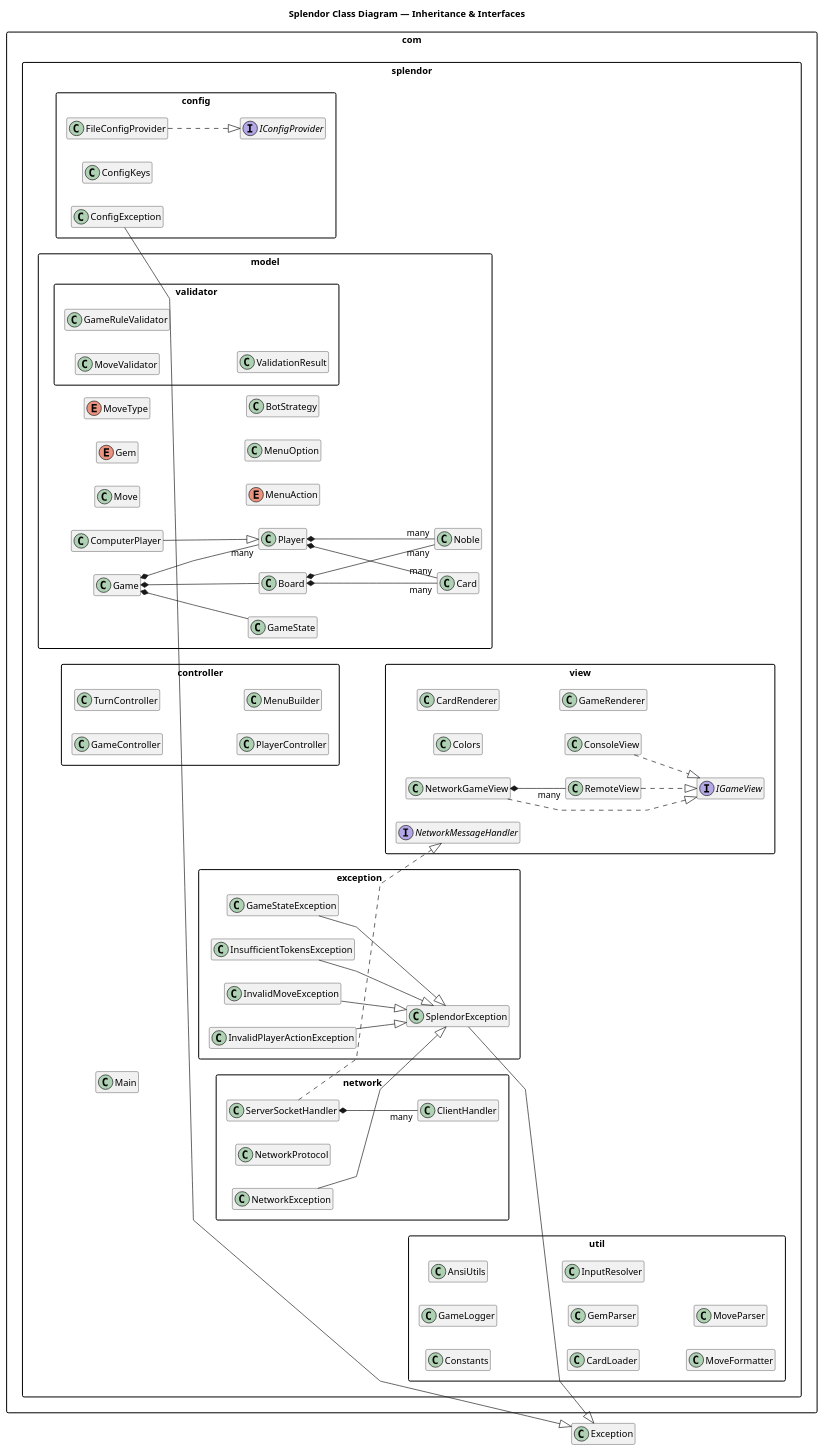
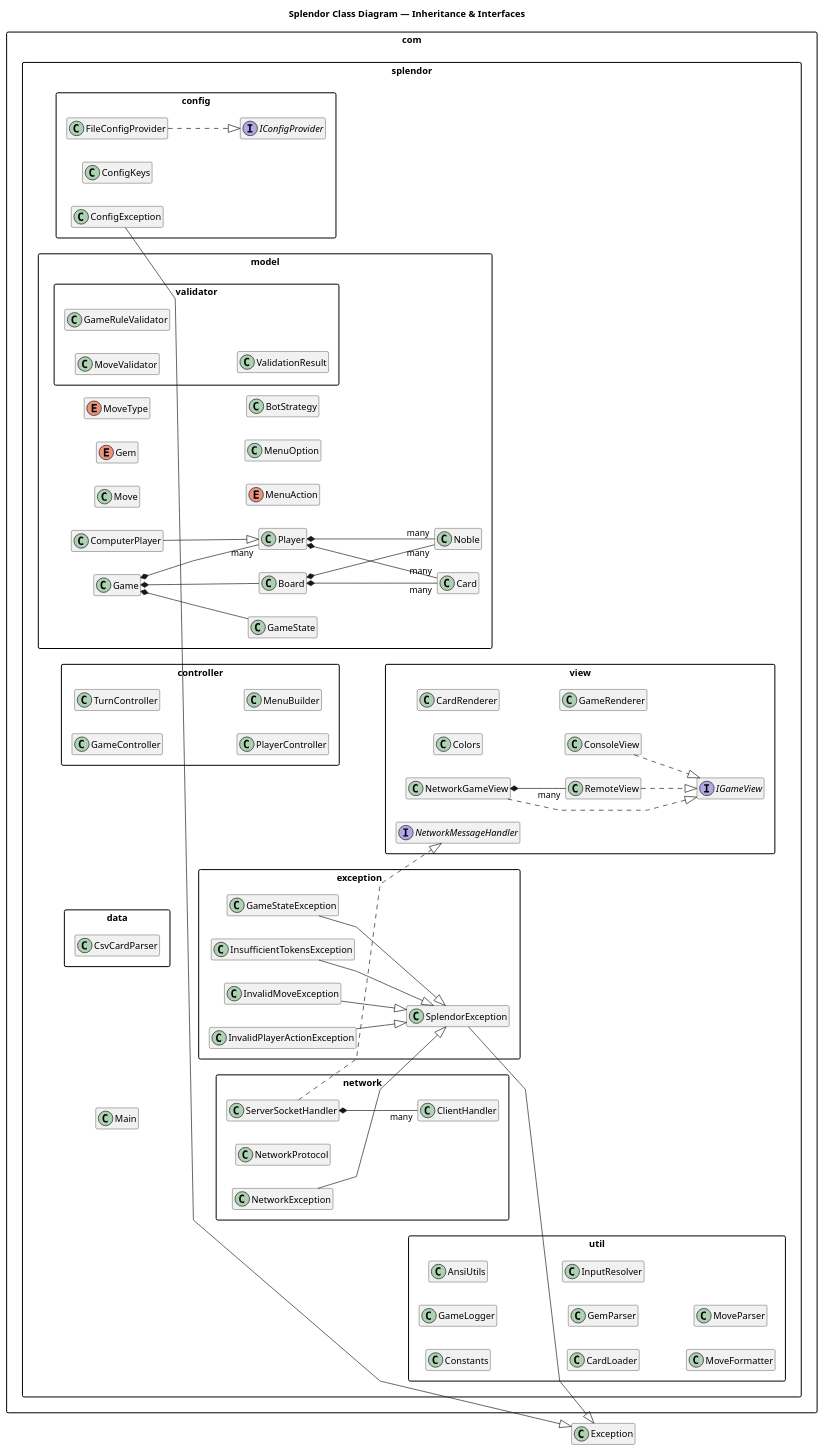
One commit to bryanseah234/playsplendor changed the diagram in docs/diagrams/splendor-inheritance.puml. Above: the diagram before and after it, drawn with PlantUML. The commit also changed 166 other files, not shown here.

```diff
--- a/docs/diagrams/splendor-inheritance.puml
+++ b/docs/diagrams/splendor-inheritance.puml
@@ -1,122 +1,126 @@
 @startuml splendor_inheritance
 
 title Splendor Class Diagram — Inheritance & Interfaces
 
 left to right direction
 skinparam classAttributeIconSize 0
 skinparam shadowing false
 skinparam linetype polyline
 skinparam packageStyle rectangle
 skinparam monochrome false
 hide empty members
 
 package "com.splendor" {
   class Main
 }
 
 package "com.splendor.config" {
   interface IConfigProvider
   class FileConfigProvider
   class ConfigKeys
   class ConfigException
 }
 
 package "com.splendor.exception" {
   class SplendorException
   class GameStateException
   class InsufficientTokensException
   class InvalidMoveException
   class InvalidPlayerActionException
 }
 
 package "com.splendor.controller" {
   class GameController
   class TurnController
   class PlayerController
   class MenuBuilder
 }
 
 package "com.splendor.model" {
   class Game
   class Board
   class Player
   class ComputerPlayer
   class Card
   class Noble
   class Move
   class GameState
   enum Gem
   enum MoveType
   enum MenuAction
   class MenuOption
   class BotStrategy
+}
+
+package "com.splendor.data" {
+  class CsvCardParser
 }
 
 package "com.splendor.model.validator" {
   class MoveValidator
   class GameRuleValidator
   class ValidationResult
 }
 
 package "com.splendor.view" {
   interface IGameView
   class Colors
   class CardRenderer
   class ConsoleView
   class NetworkGameView
   class RemoteView
   interface NetworkMessageHandler
   class GameRenderer
 }
 
 package "com.splendor.network" {
   class ServerSocketHandler
   class ClientHandler
   class NetworkProtocol
   class NetworkException
 }
 
 package "com.splendor.util" {
   class Constants
   class GameLogger
   class AnsiUtils
   class CardLoader
   class GemParser
   class InputResolver
   class MoveFormatter
   class MoveParser
 }
 
 ' ── Config ──────────────────────────────────────
 FileConfigProvider ..|> IConfigProvider
 ConfigException --|> Exception
 
 ' ── Exception hierarchy ─────────────────────────
 SplendorException --|> Exception
 GameStateException --|> SplendorException
 InsufficientTokensException --|> SplendorException
 InvalidMoveException --|> SplendorException
 InvalidPlayerActionException --|> SplendorException
 
 ' ── Network ─────────────────────────────────────
 NetworkException --|> SplendorException
 ServerSocketHandler ..|> NetworkMessageHandler
 ServerSocketHandler *-- "many" ClientHandler
 
 ' ── Model hierarchy & composition ───────────────
 ComputerPlayer --|> Player
 Game *-- Board
 Game *-- "many" Player
 Game *-- GameState
 Board *-- "many" Card
 Board *-- "many" Noble
 Player *-- "many" Card
 Player *-- "many" Noble
 
 ' ── View implementations ─────────────────────────
 ConsoleView ..|> IGameView
 NetworkGameView ..|> IGameView
 RemoteView ..|> IGameView
 NetworkGameView *-- "many" RemoteView
 
 @enduml
```
